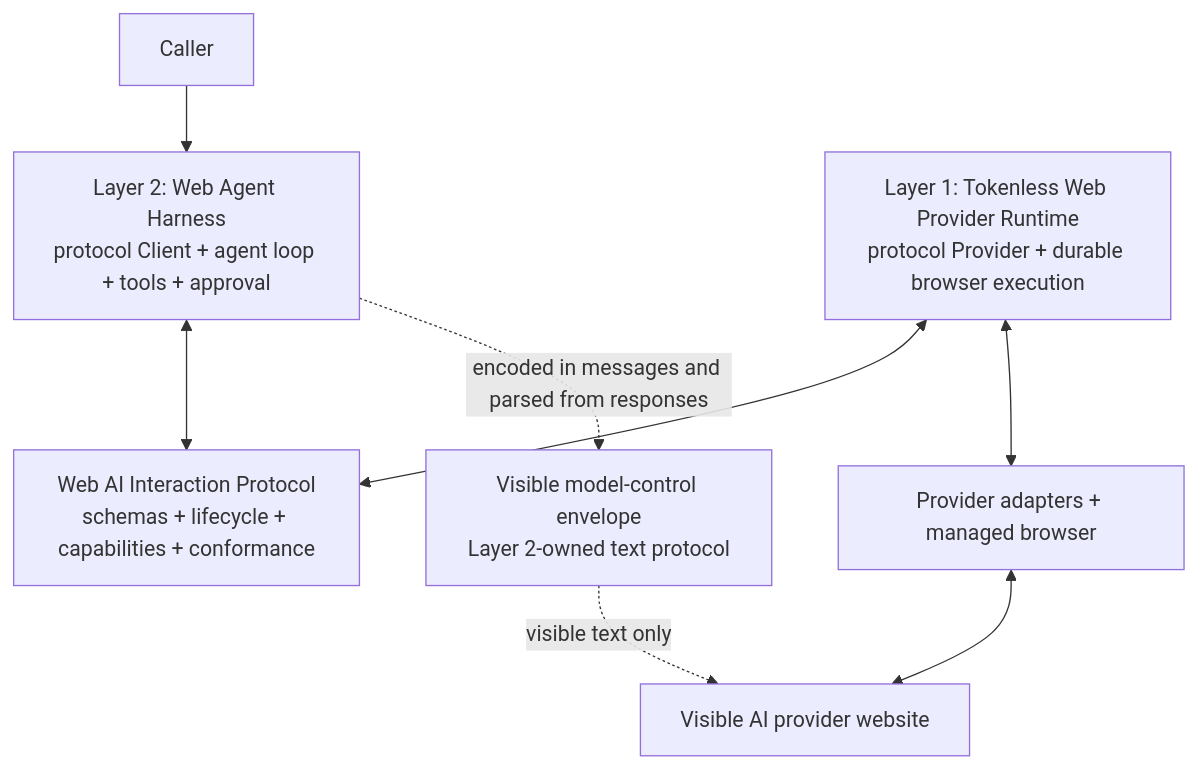
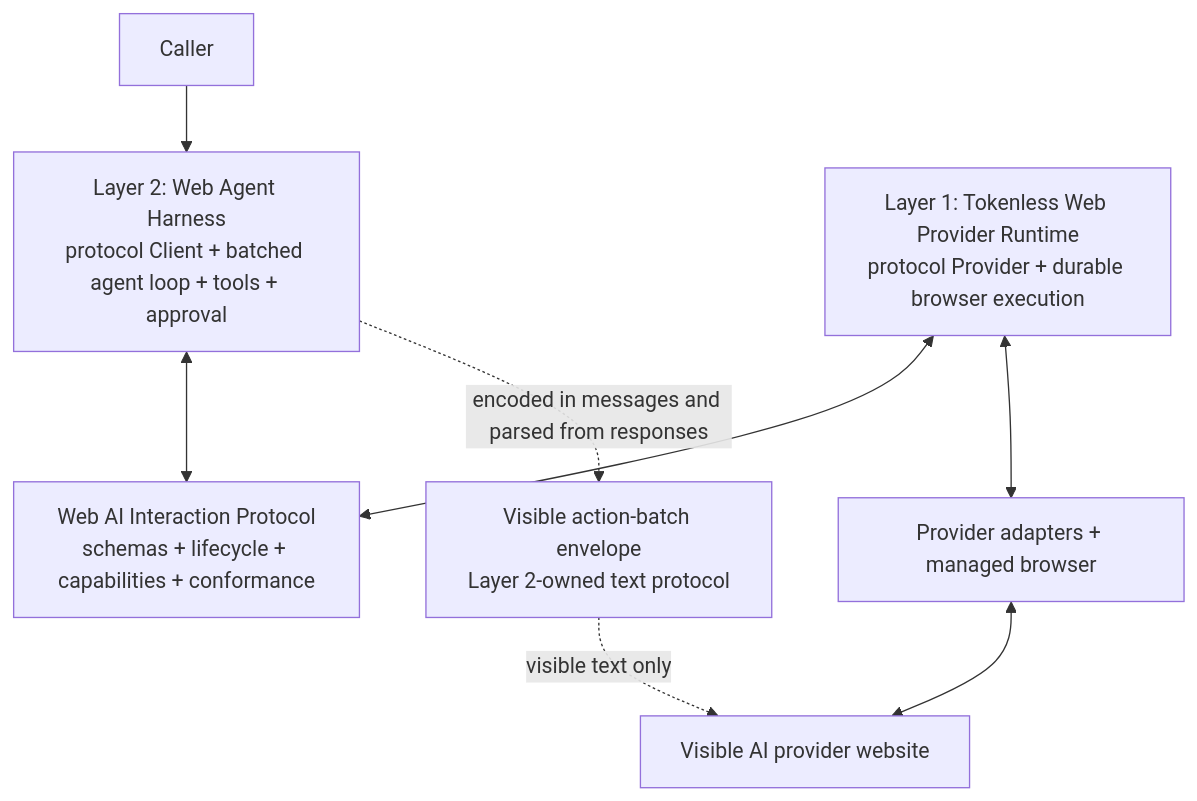
The diagram in docs/roadmaps/P0-web-ai-interaction-protocol.md (jazelly/tokenless), drawn with Mermaid before and after one commit. The commit also changed other lines of this file and 6 other files, not shown here.

Commit message:
docs(roadmaps): clarify batched harness and Windows acceptance

````diff
--- a/docs/roadmaps/P0-web-ai-interaction-protocol.md
+++ b/docs/roadmaps/P0-web-ai-interaction-protocol.md
@@ -50,18 +50,18 @@
 ```mermaid
 flowchart TB
   Caller["Caller"]
-  Harness["Layer 2: Web Agent Harness<br/>protocol Client + agent loop + tools + approval"]
+  Harness["Layer 2: Web Agent Harness<br/>protocol Client + batched agent loop + tools + approval"]
   Protocol["Web AI Interaction Protocol<br/>schemas + lifecycle + capabilities + conformance"]
   Provider["Layer 1: Tokenless Web Provider Runtime<br/>protocol Provider + durable browser execution"]
   Browser["Provider adapters + managed browser"]
   Website["Visible AI provider website"]
-  ModelProtocol["Visible model-control envelope<br/>Layer 2-owned text protocol"]
+  ModelProtocol["Visible action-batch envelope<br/>Layer 2-owned text protocol"]
 
   Caller --> Harness
   Harness <--> Protocol
   Provider <--> Protocol
   Provider <--> Browser
   Browser <--> Website
   Harness -. "encoded in messages and parsed from responses" .-> ModelProtocol
   ModelProtocol -. "visible text only" .-> Website
 ```
````
